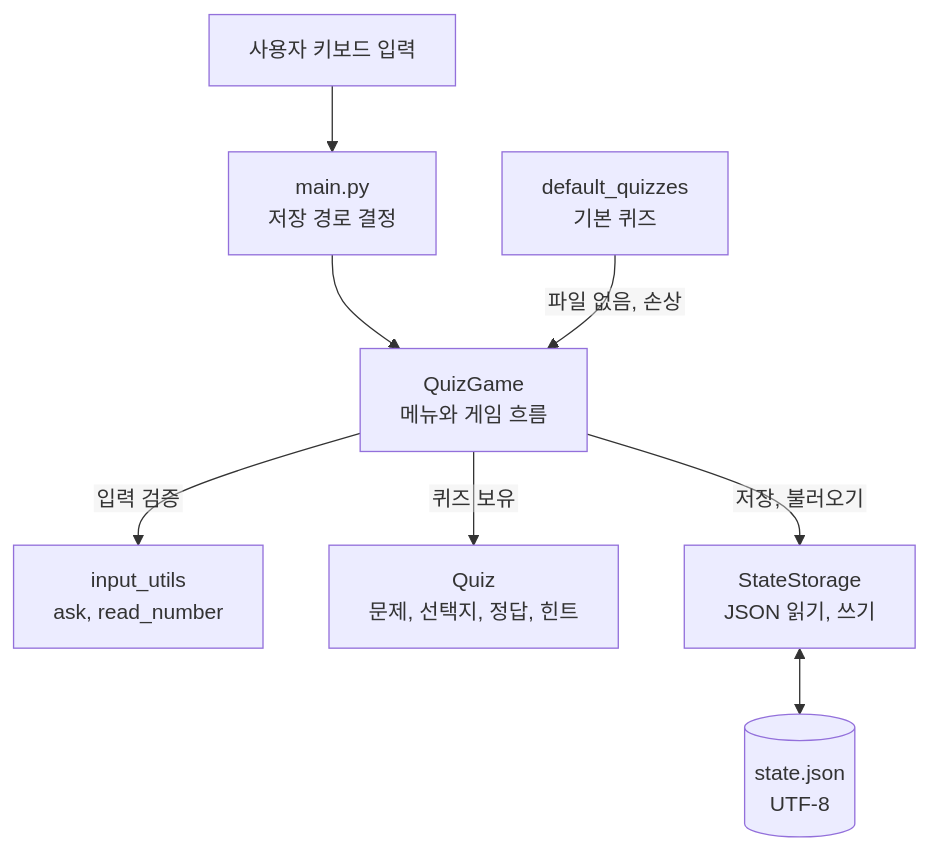
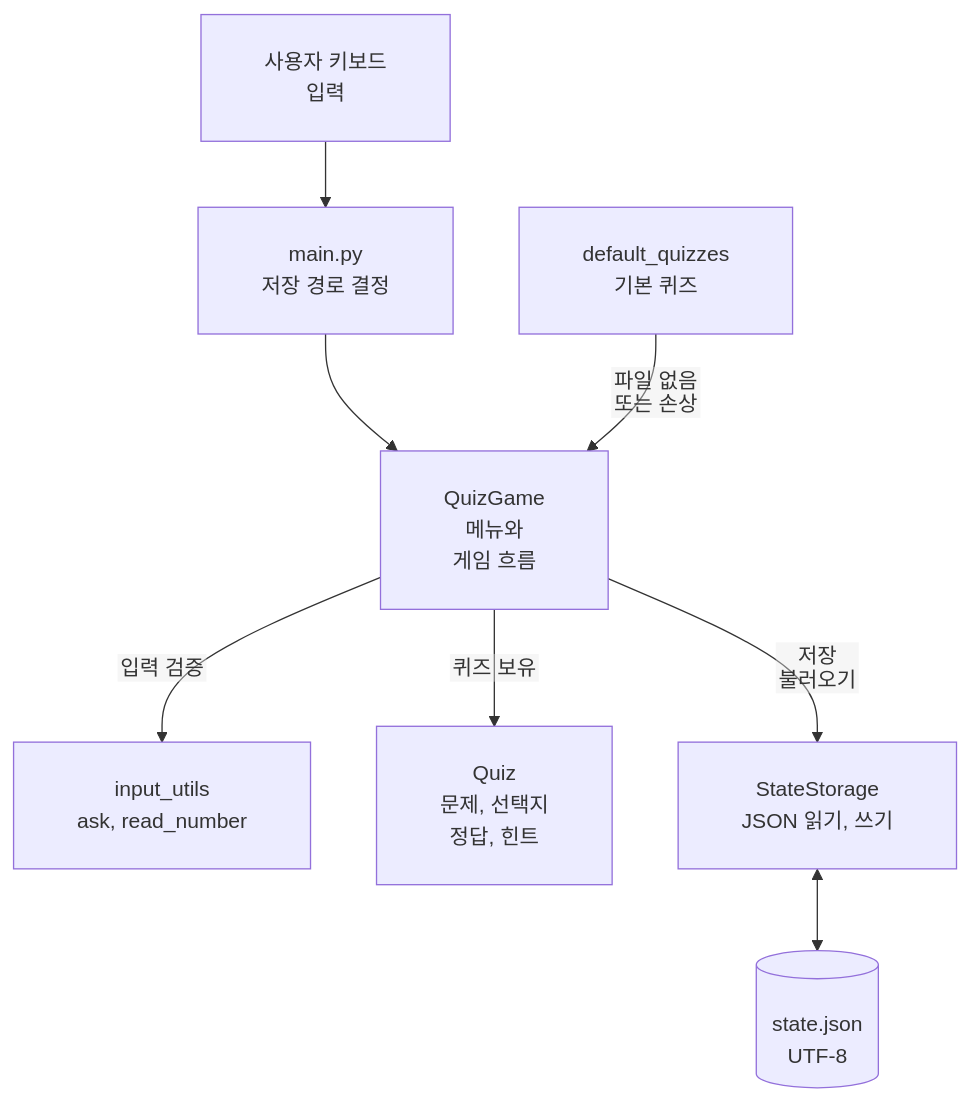
The second of 2 diagrams in README.md (ilililililil4319/E1-2), drawn with Mermaid before and after one commit. The commit also changed other lines of this file, not shown here.

Commit message:
Docs: 구조도 상자 글자가 잘리지 않도록 줄 나누기와 여백 추가
- 한 줄이 길던 라벨을 2줄로 (예: '사용자 키보드<br/>입력')
- 화살표 글자도 2줄로 나눔 ('파일 없음 / 또는 손상', '저장 / 불러오기')
- 상자 안 여백(padding 24)을 늘려 글꼴 폭 차이로 끝 글자가 잘리는 것 방지

````diff
--- a/README.md
+++ b/README.md
@@ -247,11 +247,11 @@
 ```mermaid
-%%{init: {'flowchart': {'htmlLabels': false}}}%%
+%%{init: {'flowchart': {'htmlLabels': false, 'padding': 24}}}%%
 flowchart TB
-    U["사용자 키보드 입력"] --> M["main.py<br/>저장 경로 결정"]
-    M --> G["QuizGame<br/>메뉴와 게임 흐름"]
+    U["사용자 키보드<br/>입력"] --> M["main.py<br/>저장 경로 결정"]
+    M --> G["QuizGame<br/>메뉴와<br/>게임 흐름"]
     G -->|입력 검증| I["input_utils<br/>ask, read_number"]
-    G -->|퀴즈 보유| Q["Quiz<br/>문제, 선택지, 정답, 힌트"]
-    G -->|저장, 불러오기| S["StateStorage<br/>JSON 읽기, 쓰기"]
+    G -->|퀴즈 보유| Q["Quiz<br/>문제, 선택지<br/>정답, 힌트"]
+    G -->|"저장<br/>불러오기"| S["StateStorage<br/>JSON 읽기, 쓰기"]
     S <--> F[("state.json<br/>UTF-8")]
-    D["default_quizzes<br/>기본 퀴즈"] -->|파일 없음, 손상| G
+    D["default_quizzes<br/>기본 퀴즈"] -->|"파일 없음<br/>또는 손상"| G
 ```
````
